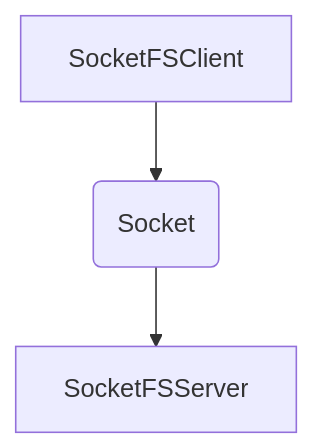
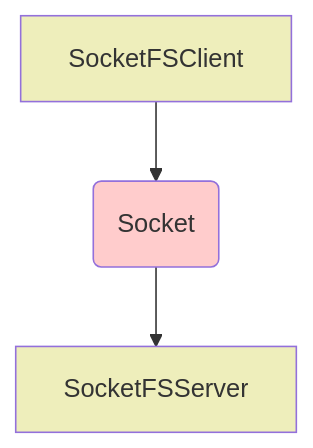
The diagram in README.md (element0/socketfs), drawn with Mermaid before and after one commit. The commit also changed other lines of this file and 2 other files, not shown here.

````diff
--- a/README.md
+++ b/README.md
@@ -5,8 +6,11 @@
 ```mermaid
   graph TD
     client[SocketFSClient]:::pyfs
     socket( Socket ):::sock
     server[SocketFSServer]:::pyfs
 
     client --> socket --> server
+
+    classDef pyfs fill:#eeb
+    classDef sock fill:#fcc
 ```
````
